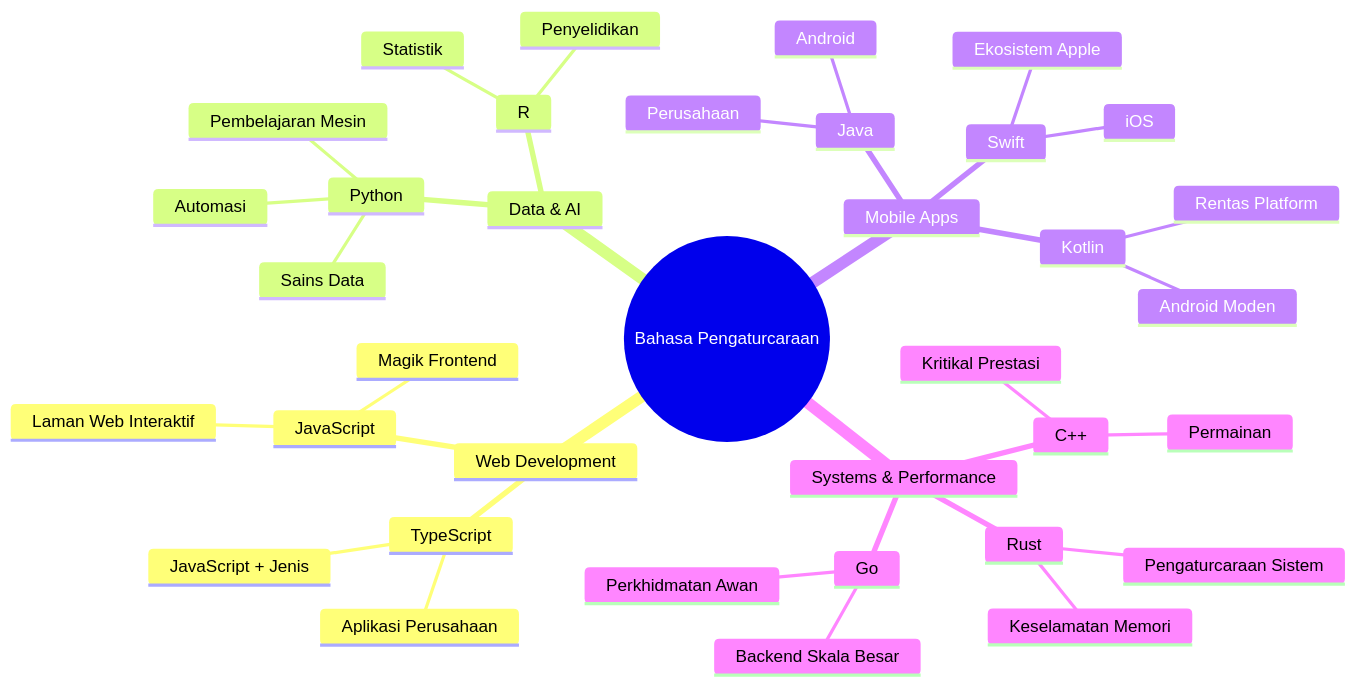
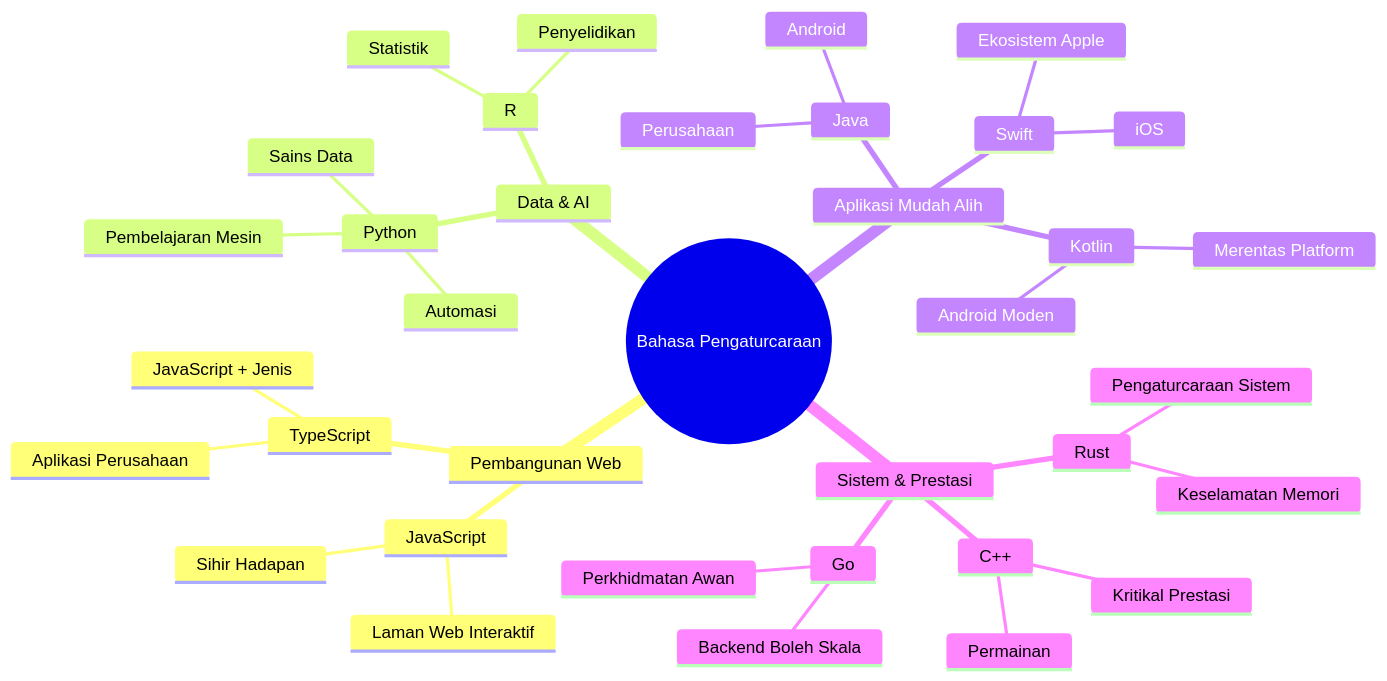
The second of 7 diagrams in translations/ms/1-getting-started-lessons/1-intro-to-programming-languages/README.md (microsoft/Web-Dev-For-Beginners), drawn with Mermaid before and after one commit. The commit also changed other lines of this file and 8 other files, not shown here.

````diff
--- a/translations/ms/1-getting-started-lessons/1-intro-to-programming-languages/README.md
+++ b/translations/ms/1-getting-started-lessons/1-intro-to-programming-languages/README.md
@@ -85,39 +85,39 @@
 ```mermaid
 mindmap
   root((Bahasa Pengaturcaraan))
-    Web Development
+    Pembangunan Web
       JavaScript
-        Magik Frontend
+        Sihir Hadapan
         Laman Web Interaktif
       TypeScript
         JavaScript + Jenis
         Aplikasi Perusahaan
     Data & AI
       Python
         Sains Data
         Pembelajaran Mesin
         Automasi
       R
         Statistik
         Penyelidikan
-    Mobile Apps
+    Aplikasi Mudah Alih
       Java
         Android
         Perusahaan
       Swift
         iOS
         Ekosistem Apple
       Kotlin
         Android Moden
-        Rentas Platform
-    Systems & Performance
+        Merentas Platform
+    Sistem & Prestasi
       C++
         Permainan
         Kritikal Prestasi
       Rust
         Keselamatan Memori
         Pengaturcaraan Sistem
       Go
         Perkhidmatan Awan
-        Backend Skala Besar
+        Backend Boleh Skala
 ```
````
